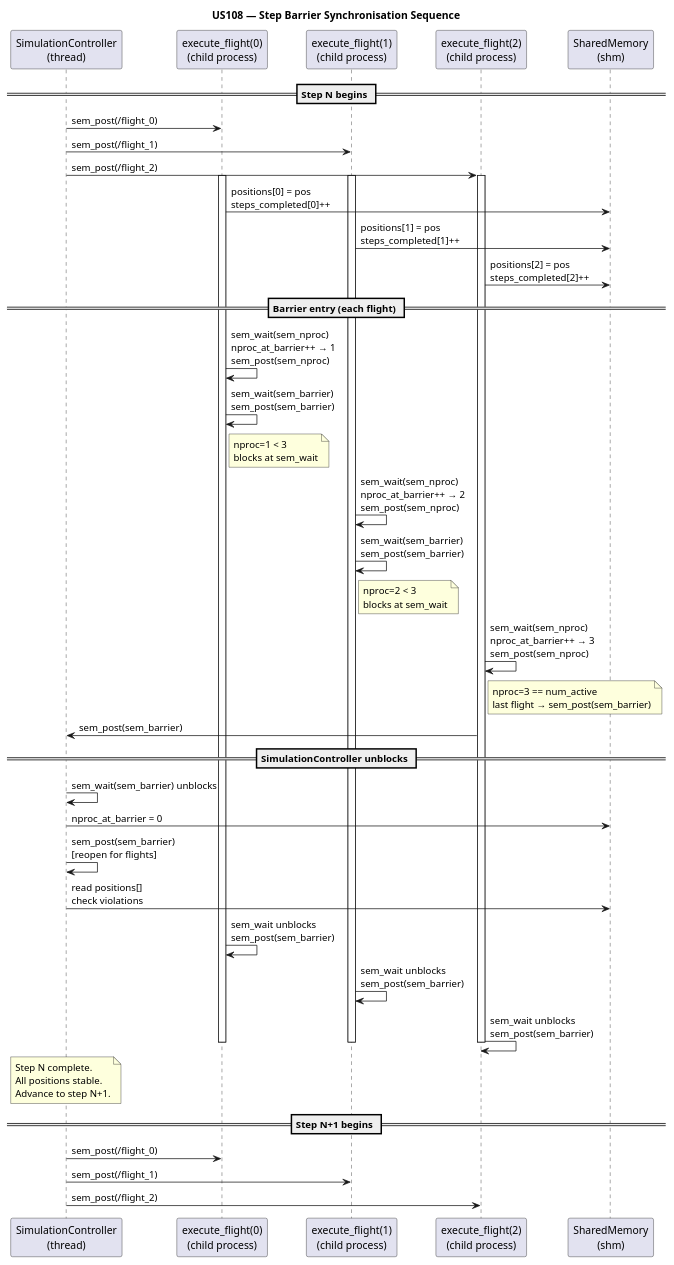
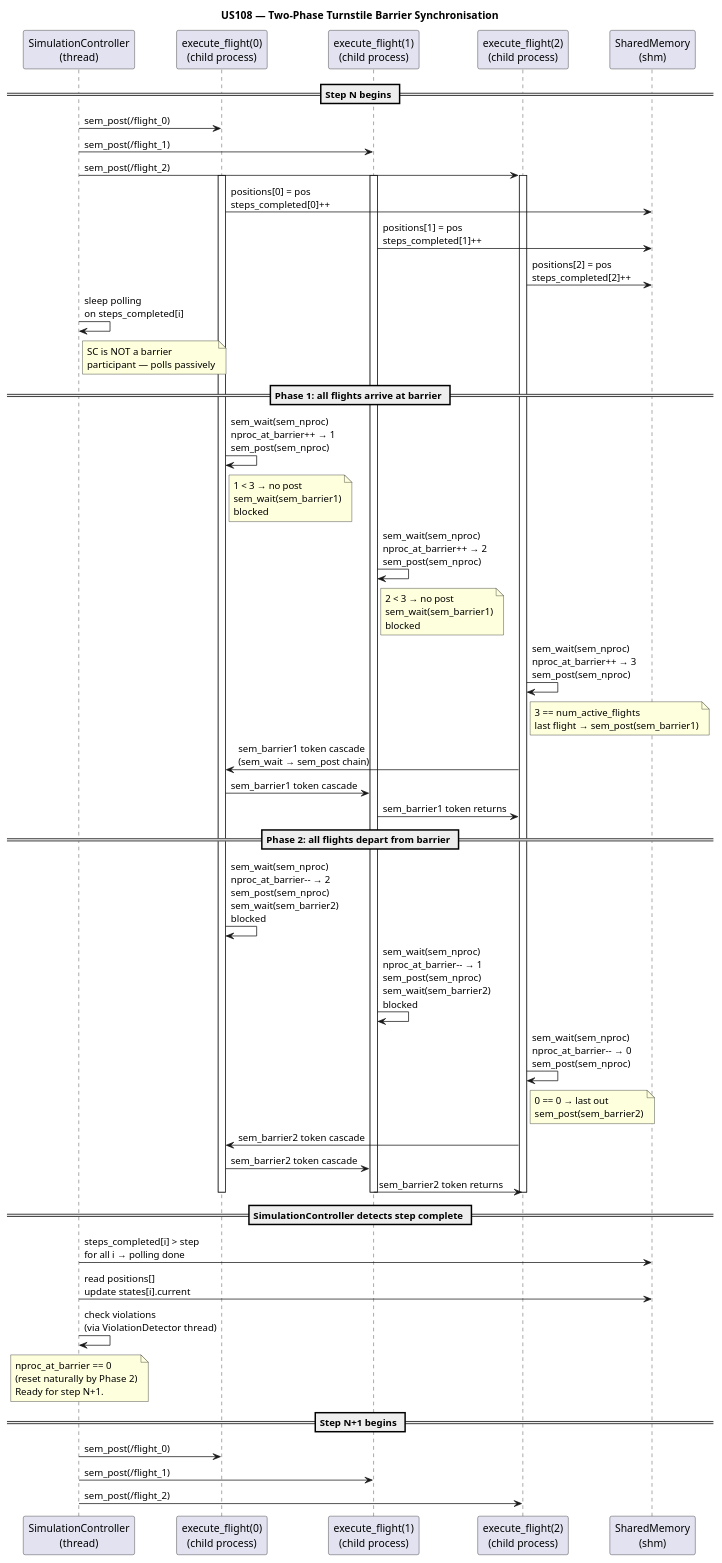
The diagram in docs/Sprint 3/SCOMP/US108/puml/US108-sequence-diagram.puml (DuartePinto1240/sem4pi2526-sem4pi2526_2da2), drawn with PlantUML before and after one commit. The commit also changed 3 other files, not shown here.

```diff
--- a/docs/Sprint 3/SCOMP/US108/puml/US108-sequence-diagram.puml
+++ b/docs/Sprint 3/SCOMP/US108/puml/US108-sequence-diagram.puml
@@ -1,61 +1,73 @@
 @startuml
-title US108 — Step Barrier Synchronisation Sequence
+title US108 — Two-Phase Turnstile Barrier Synchronisation
 
 participant "SimulationController\n(thread)" as SC
 participant "execute_flight(0)\n(child process)" as F0
 participant "execute_flight(1)\n(child process)" as F1
 participant "execute_flight(2)\n(child process)" as F2
 participant "SharedMemory\n(shm)" as SHM
 
 == Step N begins ==
 
 SC -> F0 : sem_post(/flight_0)
 SC -> F1 : sem_post(/flight_1)
 SC -> F2 : sem_post(/flight_2)
 
 activate F0
 activate F1
 activate F2
 
 F0 -> SHM : positions[0] = pos\nsteps_completed[0]++
 F1 -> SHM : positions[1] = pos\nsteps_completed[1]++
 F2 -> SHM : positions[2] = pos\nsteps_completed[2]++
 
-== Barrier entry (each flight) ==
+SC -> SC : sleep polling\non steps_completed[i]
+note right of SC: SC is NOT a barrier\nparticipant — polls passively
+
+== Phase 1: all flights arrive at barrier ==
 
 F0 -> F0 : sem_wait(sem_nproc)\nnproc_at_barrier++ → 1\nsem_post(sem_nproc)
-F0 -> F0 : sem_wait(sem_barrier)\nsem_post(sem_barrier)
-note right of F0: nproc=1 < 3\nblocks at sem_wait
+note right of F0: 1 < 3 → no post\nsem_wait(sem_barrier1)\nblocked
 
 F1 -> F1 : sem_wait(sem_nproc)\nnproc_at_barrier++ → 2\nsem_post(sem_nproc)
-F1 -> F1 : sem_wait(sem_barrier)\nsem_post(sem_barrier)
-note right of F1: nproc=2 < 3\nblocks at sem_wait
+note right of F1: 2 < 3 → no post\nsem_wait(sem_barrier1)\nblocked
 
 F2 -> F2 : sem_wait(sem_nproc)\nnproc_at_barrier++ → 3\nsem_post(sem_nproc)
-note right of F2: nproc=3 == num_active\nlast flight → sem_post(sem_barrier)
-F2 -> SC : sem_post(sem_barrier)
+note right of F2: 3 == num_active_flights\nlast flight → sem_post(sem_barrier1)
 
-== SimulationController unblocks ==
+F2 -> F0 : sem_barrier1 token cascade\n(sem_wait → sem_post chain)
+F0 -> F1 : sem_barrier1 token cascade
+F1 -> F2 : sem_barrier1 token returns
 
-SC -> SC : sem_wait(sem_barrier) unblocks
-SC -> SHM : nproc_at_barrier = 0
-SC -> SC : sem_post(sem_barrier)\n[reopen for flights]
-SC -> SHM : read positions[]\ncheck violations
+== Phase 2: all flights depart from barrier ==
 
-F0 -> F0 : sem_wait unblocks\nsem_post(sem_barrier)
-F1 -> F1 : sem_wait unblocks\nsem_post(sem_barrier)
-F2 -> F2 : sem_wait unblocks\nsem_post(sem_barrier)
+F0 -> F0 : sem_wait(sem_nproc)\nnproc_at_barrier-- → 2\nsem_post(sem_nproc)\nsem_wait(sem_barrier2)\nblocked
+
+F1 -> F1 : sem_wait(sem_nproc)\nnproc_at_barrier-- → 1\nsem_post(sem_nproc)\nsem_wait(sem_barrier2)\nblocked
+
+F2 -> F2 : sem_wait(sem_nproc)\nnproc_at_barrier-- → 0\nsem_post(sem_nproc)
+note right of F2: 0 == 0 → last out\nsem_post(sem_barrier2)
+
+F2 -> F0 : sem_barrier2 token cascade
+F0 -> F1 : sem_barrier2 token cascade
+F1 -> F2 : sem_barrier2 token returns
 
 deactivate F0
 deactivate F1
 deactivate F2
 
-note over SC: Step N complete.\nAll positions stable.\nAdvance to step N+1.
+== SimulationController detects step complete ==
+
+SC -> SHM : steps_completed[i] > step\nfor all i → polling done
+SC -> SHM : read positions[]\nupdate states[i].current
+SC -> SC : check violations\n(via ViolationDetector thread)
+
+note over SC: nproc_at_barrier == 0\n(reset naturally by Phase 2)\nReady for step N+1.
 
 == Step N+1 begins ==
 
 SC -> F0 : sem_post(/flight_0)
 SC -> F1 : sem_post(/flight_1)
 SC -> F2 : sem_post(/flight_2)
 
 @enduml
```
